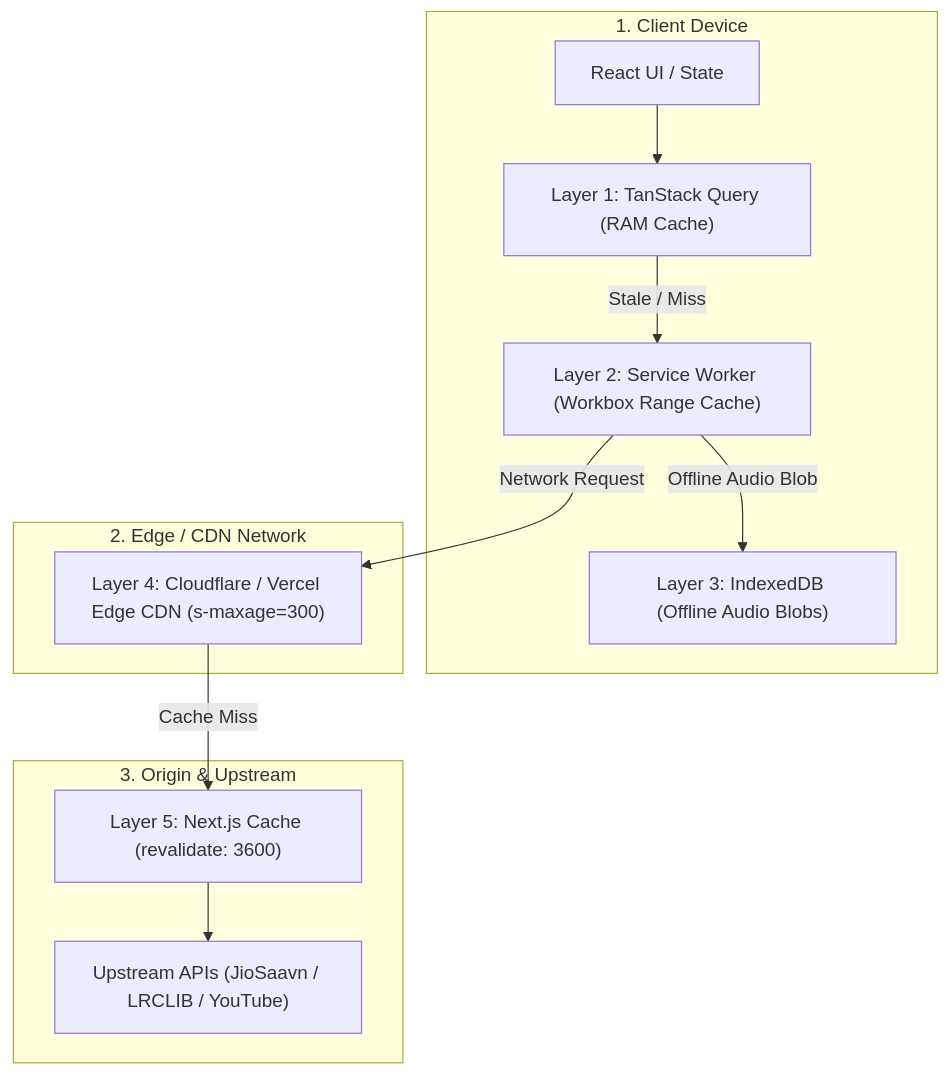
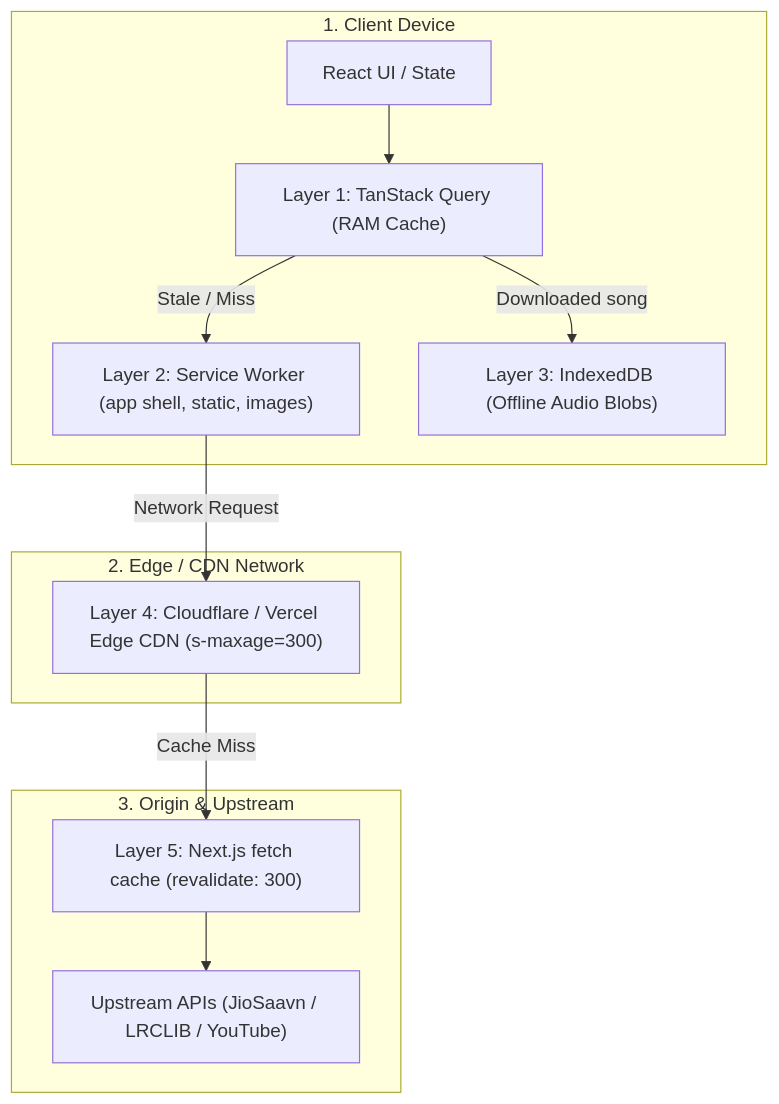
Before and after one commit to binarybuddiesdev-wq/free-music: the sixth of 8 diagrams in docs/architecture/architecture.md, drawn with Mermaid. The commit also changed other lines of this file and 2 other files, not shown here.

First line of the commit message:
docs/ci: refresh architecture doc, fix README links, add e2e job, use Node 24 in CI

````diff
--- a/docs/architecture/architecture.md
+++ b/docs/architecture/architecture.md
@@ -302,25 +318,25 @@
 ```mermaid
 flowchart TD
     subgraph Client["1. Client Device"]
         UI["React UI / State"]
         RQ["Layer 1: TanStack Query (RAM Cache)"]
-        SW["Layer 2: Service Worker (Workbox Range Cache)"]
+        SW["Layer 2: Service Worker (app shell, static, images)"]
         IDB["Layer 3: IndexedDB (Offline Audio Blobs)"]
     end
 
     subgraph Edge["2. Edge / CDN Network"]
         CDN["Layer 4: Cloudflare / Vercel Edge CDN (s-maxage=300)"]
     end
 
     subgraph Server["3. Origin & Upstream"]
-        NextServer["Layer 5: Next.js Cache (revalidate: 3600)"]
+        NextServer["Layer 5: Next.js fetch cache (revalidate: 300)"]
         Upstream["Upstream APIs (JioSaavn / LRCLIB / YouTube)"]
     end
 
     UI --> RQ
     RQ -->|Stale / Miss| SW
-    SW -->|Offline Audio Blob| IDB
+    RQ -->|Downloaded song| IDB
     SW -->|Network Request| CDN
     CDN -->|Cache Miss| NextServer
     NextServer --> Upstream
 ```
````
